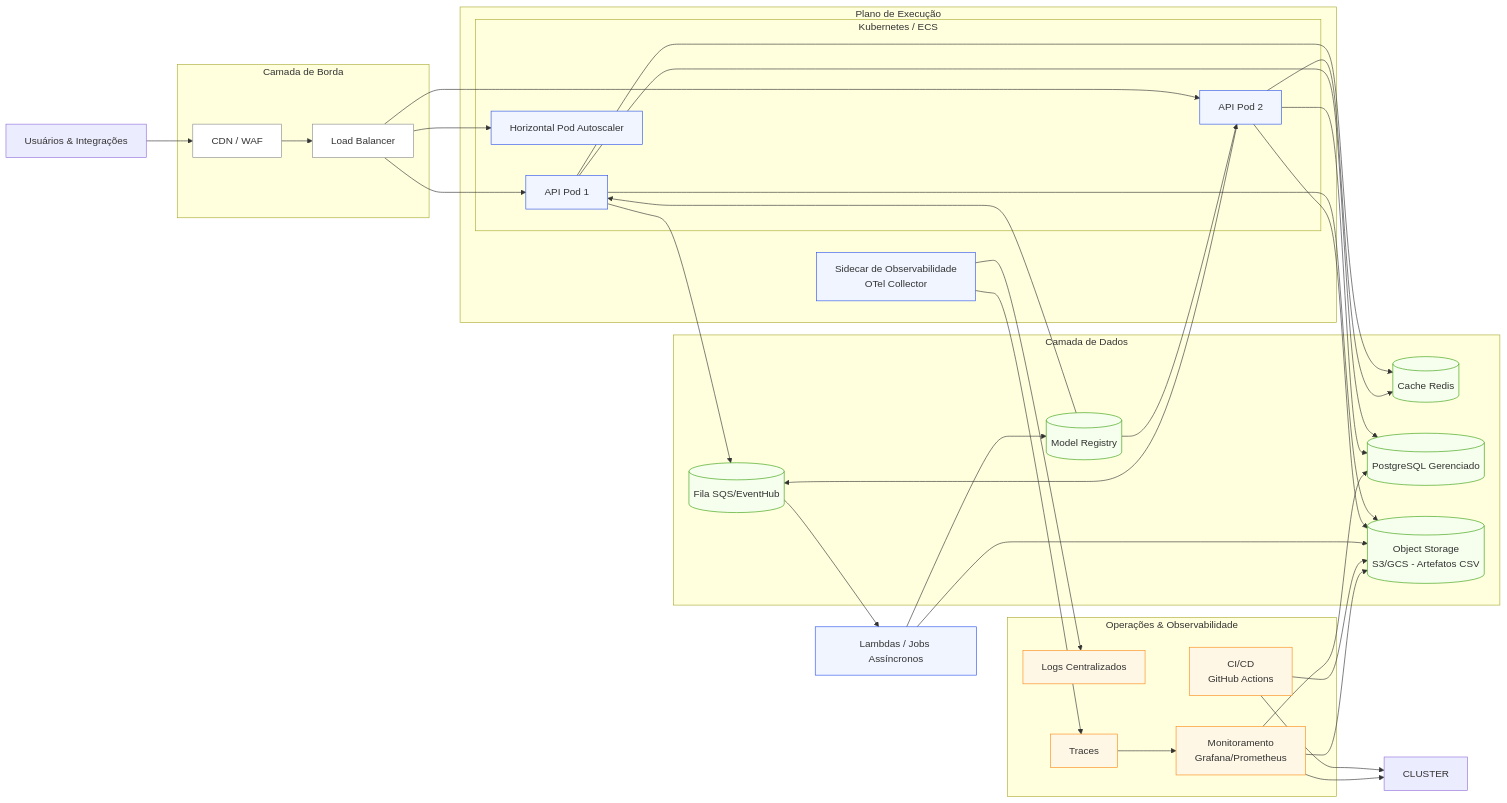
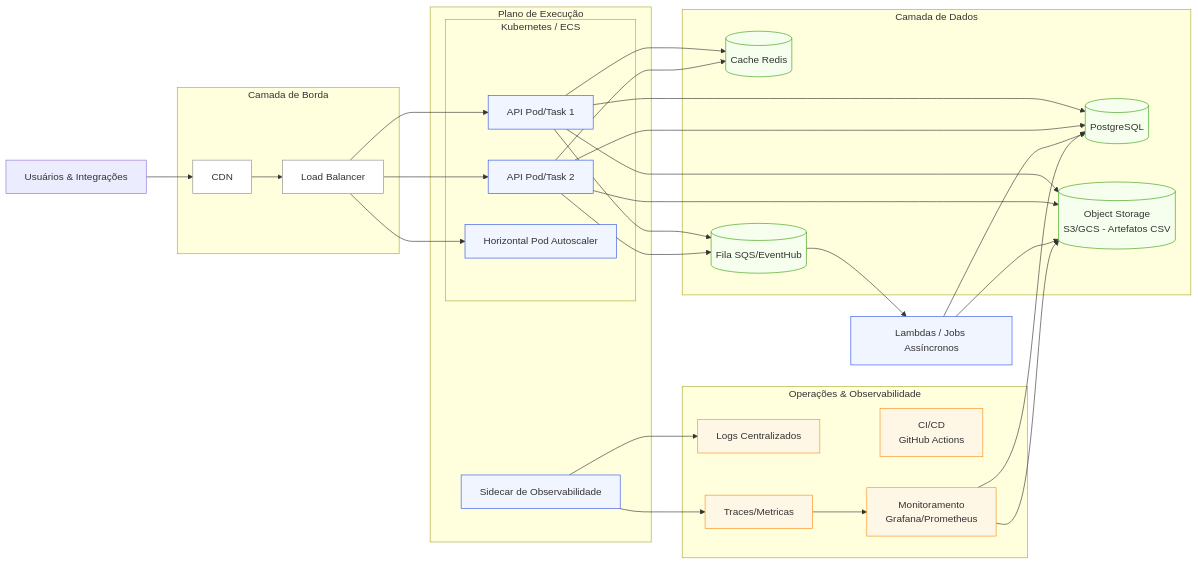
One commit to andrevberaldo/tech-challenge-book-api changed the diagram in src/docs/architecture_scalability_future.md. Above: the diagram before and after it, drawn with Mermaid. The commit also changed 3 other files, not shown here.

````diff
--- a/src/docs/architecture_scalability_future.md
+++ b/src/docs/architecture_scalability_future.md
@@ -3,75 +3,68 @@
 ```mermaid
 graph LR
     subgraph Edge[Camada de Borda]
-        CDN[CDN / WAF]
+        CDN[CDN]
         LB[Load Balancer]
     end
 
     subgraph Compute[Plano de Execução]
         subgraph Cluster[Kubernetes / ECS]
-            API1[API Pod 1]
-            API2[API Pod 2]
+            API1[API Pod/Task 1]
+            API2[API Pod/Task 2]
             APIHPA[Horizontal Pod Autoscaler]
         end
-        SIDE[Sidecar de Observabilidade
-OTel Collector]
+        SIDE[Sidecar de Observabilidade]
     end
 
     subgraph Data[Camada de Dados]
         CACHE[(Cache Redis)]
-        DB[(PostgreSQL Gerenciado)]
+        DB[(PostgreSQL)]
         STORAGE[(Object Storage
 S3/GCS - Artefatos CSV)]
         QUEUE[(Fila SQS/EventHub)]
-        REGISTRY[(Model Registry)]
+        
     end
 
     subgraph Tooling[Operações & Observabilidade]
         CI[CI/CD
 GitHub Actions]
         MON[Monitoramento
 Grafana/Prometheus]
         LOG[Logs Centralizados]
-        TRACE[Traces]
+        TRACE[Traces/Metricas]
     end
 
     CLIENTS[Usuários & Integrações] --> CDN --> LB --> API1
     LB --> API2
     LB --> APIHPA
 
     API1 --> CACHE
     API1 --> DB
     API1 --> STORAGE
     API1 --> QUEUE
     API2 --> CACHE
     API2 --> DB
     API2 --> STORAGE
     API2 --> QUEUE
 
     QUEUE --> WORKERS[Lambdas / Jobs Assíncronos]
     WORKERS --> STORAGE
-    WORKERS --> REGISTRY
-
-    CI --> CLUSTER
-    CI --> STORAGE
+    WORKERS --> DB
 
     SIDE --> TRACE
     SIDE --> LOG
-    MON --> CLUSTER
     MON --> DB
     MON --> STORAGE
     TRACE --> MON
 
-    REGISTRY --> API1
-    REGISTRY --> API2
 
     classDef infra fill:#ffffff,stroke:#8c8c8c,stroke-width:1px;
     classDef compute fill:#f0f5ff,stroke:#2f54eb,stroke-width:1px;
     classDef data fill:#f6ffed,stroke:#389e0d,stroke-width:1px;
     classDef ops fill:#fff7e6,stroke:#fa8c16,stroke-width:1px;
 
     class CDN,LB infra;
     class API1,API2,APIHPA,SIDE,WORKERS compute;
     class CACHE,DB,STORAGE,QUEUE,REGISTRY data;
     class CI,MON,LOG,TRACE ops;
 ```
````
